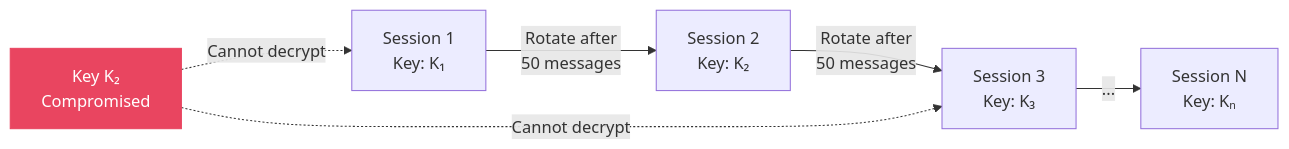
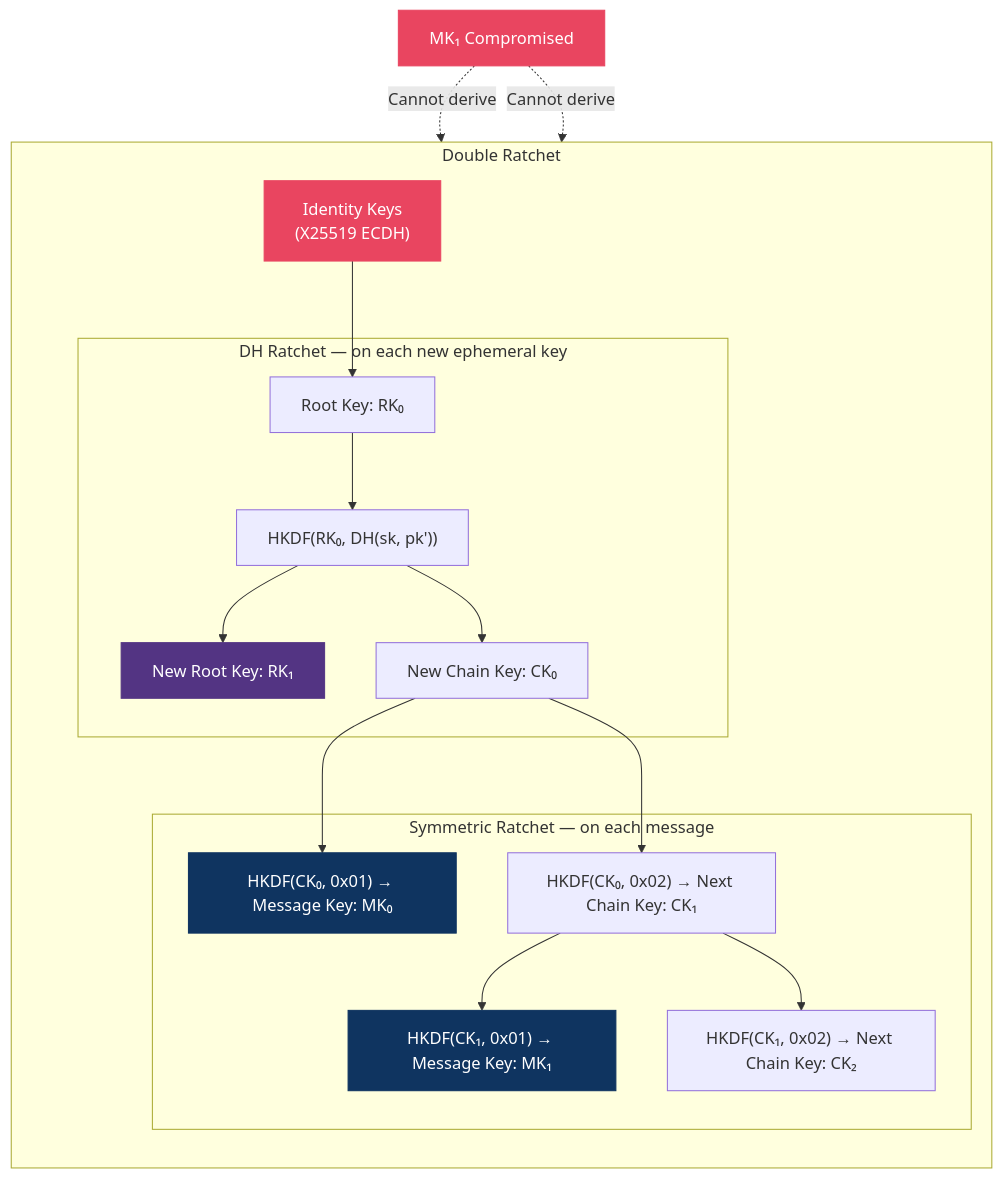
The tenth of 20 diagrams in README.md (harshitt13/NyxChat), drawn with Mermaid before and after one commit. The commit also changed other lines of this file and 75 other files, not shown here.

````diff
--- a/README.md
+++ b/README.md
@@ -459,11 +527,29 @@
 ```mermaid
-flowchart LR
-    A["Session 1<br/>Key: K₁"] -->|"Rotate after<br/>50 messages"| B["Session 2<br/>Key: K₂"]
-    B -->|"Rotate after<br/>50 messages"| C["Session 3<br/>Key: K₃"]
-    C -->|"..."| D["Session N<br/>Key: Kₙ"]
+flowchart TD
+    subgraph DR["Double Ratchet"]
+        direction TB
+        A["Identity Keys<br/>(X25519 ECDH)"] --> B["Root Key: RK₀"]
 
-    E["Key K₂<br/>Compromised"] -.->|"Cannot decrypt"| A
-    E -.->|"Cannot decrypt"| C
+        subgraph DH_Ratchet["DH Ratchet — on each new ephemeral key"]
+            B --> C["HKDF(RK₀, DH(sk, pk'))"]
+            C --> D["New Root Key: RK₁"]
+            C --> E["New Chain Key: CK₀"]
+        end
 
-    style E fill:#e94560,stroke:#e94560,color:#fff
+        subgraph Symmetric_Ratchet["Symmetric Ratchet — on each message"]
+            E --> F["HKDF(CK₀, 0x01) → Message Key: MK₀"]
+            E --> G["HKDF(CK₀, 0x02) → Next Chain Key: CK₁"]
+            G --> H["HKDF(CK₁, 0x01) → Message Key: MK₁"]
+            G --> I["HKDF(CK₁, 0x02) → Next Chain Key: CK₂"]
+        end
+    end
+
+    J["MK₁ Compromised"] -.->|"Cannot derive"| F
+    J -.->|"Cannot derive"| H
+
+    style A fill:#e94560,stroke:#e94560,color:#fff
+    style D fill:#533483,stroke:#533483,color:#fff
+    style F fill:#0f3460,stroke:#0f3460,color:#fff
+    style H fill:#0f3460,stroke:#0f3460,color:#fff
+    style J fill:#e94560,stroke:#e94560,color:#fff
 ```
````
